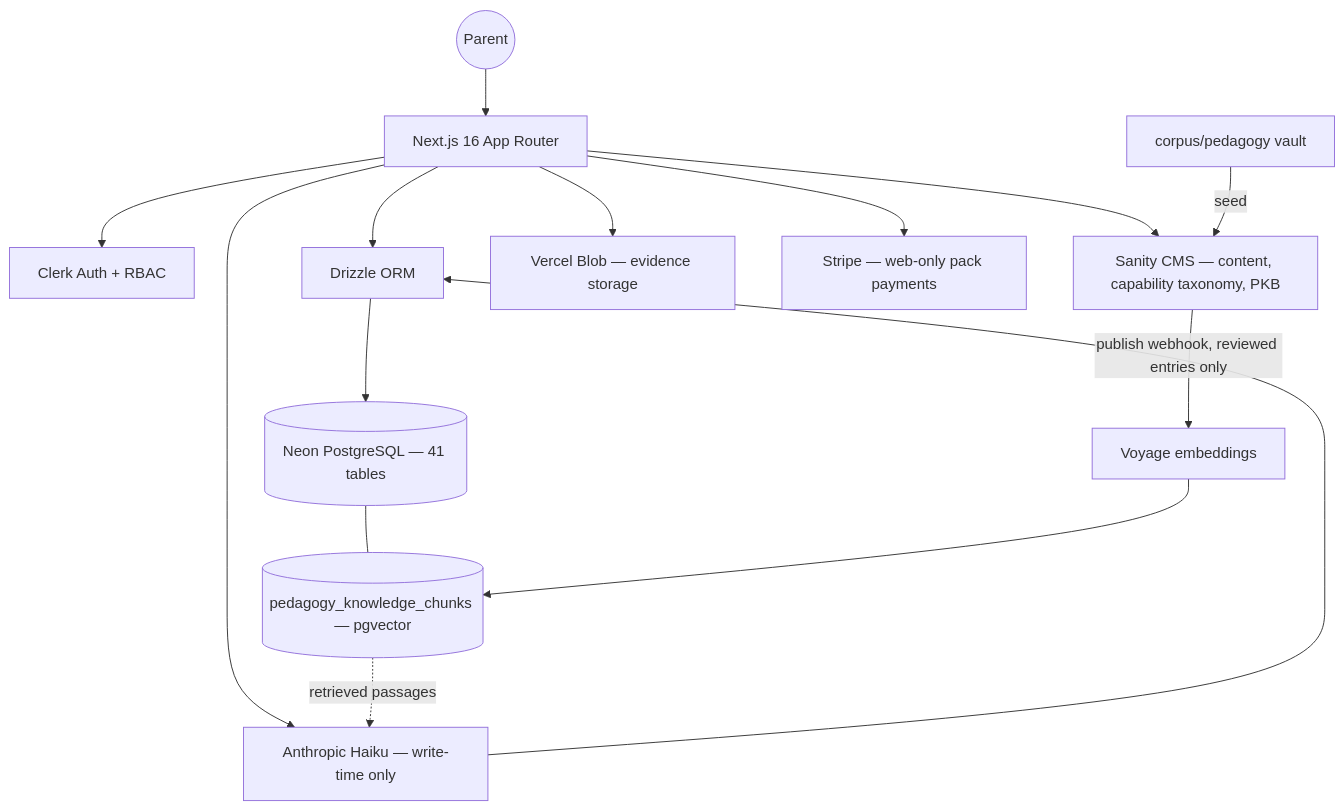
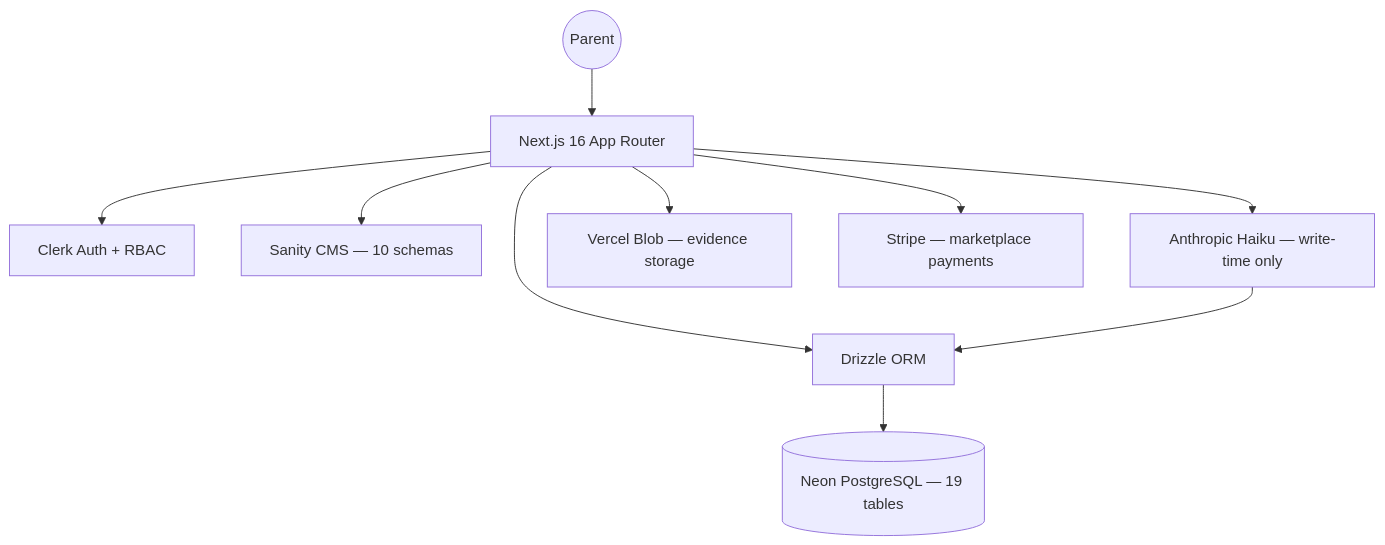
One commit to Glorptraag/hearth changed the first of 2 diagrams in docs/system-map.md. Above: the diagram before and after it, drawn with Mermaid. The commit also changed other lines of this file and 301 other files, not shown here.

First line of the commit message:
Launch pivot (Expo 9 Nov): Notice → Confirm Logger, Photo Read, Shelf, watch-for schema (#298)

````diff
--- a/docs/system-map.md
+++ b/docs/system-map.md
@@ -90,17 +85,12 @@
 ```mermaid
 graph TD
     User((Parent)) --> NextJS[Next.js 16 App Router]
     NextJS --> Clerk[Clerk Auth + RBAC]
     NextJS --> Drizzle[Drizzle ORM]
-    Drizzle --> Neon[(Neon PostgreSQL — 41 tables)]
-    Neon --- PKB[(pedagogy_knowledge_chunks — pgvector)]
-    NextJS --> Sanity[Sanity CMS — content, capability taxonomy, PKB]
+    Drizzle --> Neon[(Neon PostgreSQL — 19 tables)]
+    NextJS --> Sanity[Sanity CMS — 10 schemas]
     NextJS --> AI[Anthropic Haiku — write-time only]
+    NextJS --> Blob[Vercel Blob — evidence storage]
+    NextJS --> Stripe[Stripe — marketplace payments]
     AI --> Drizzle
-    PKB -. retrieved passages .-> AI
-    Sanity -- publish webhook, reviewed entries only --> Voyage[Voyage embeddings]
-    Voyage --> PKB
-    Vault[corpus/pedagogy vault] -- seed --> Sanity
-    NextJS --> Blob[Vercel Blob — evidence storage]
-    NextJS --> Stripe[Stripe — web-only pack payments]
 ```
````
